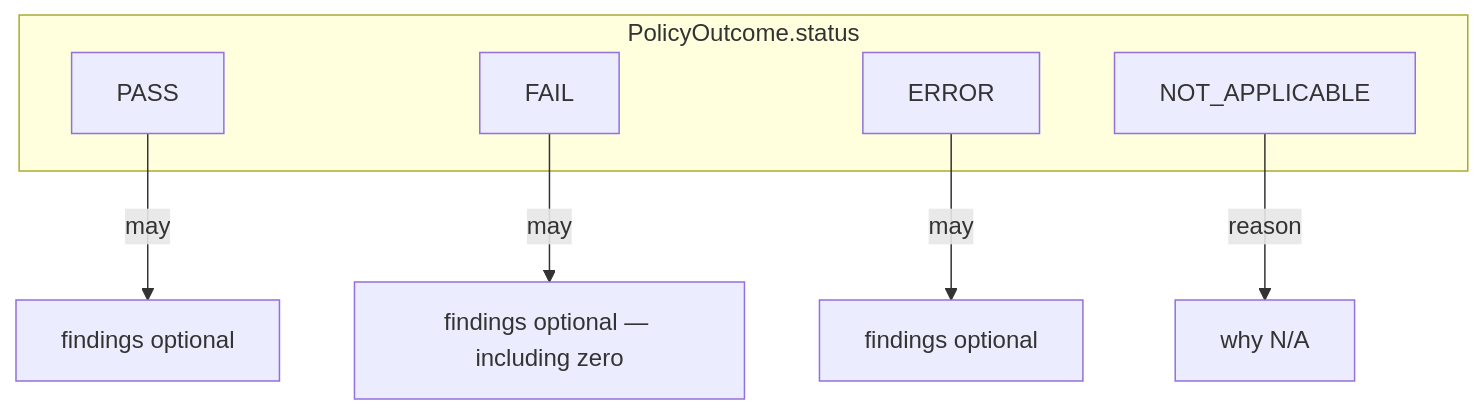
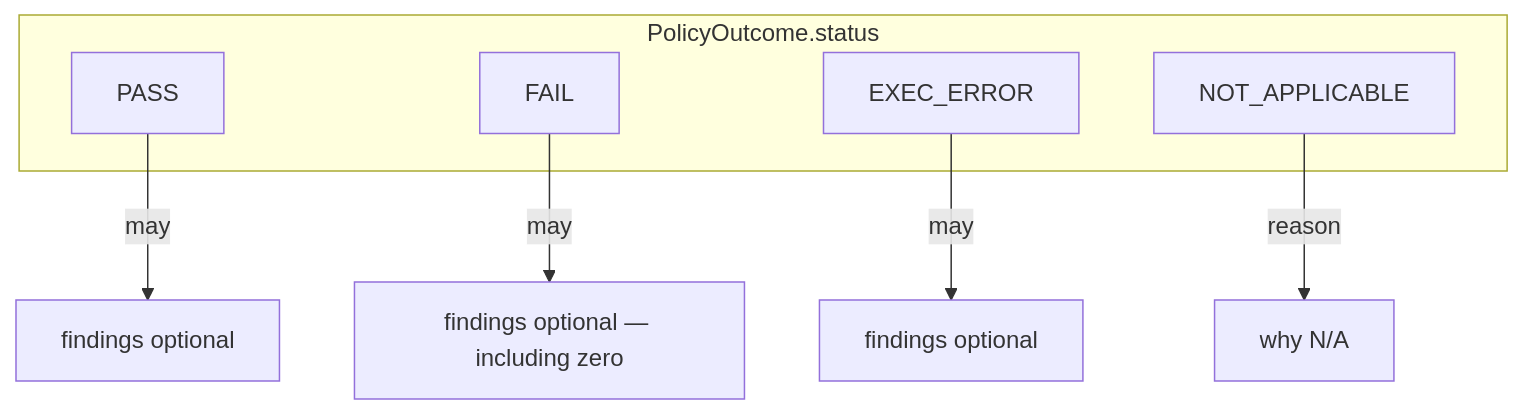
Before and after one commit to qpointz/objs: the first of 4 diagrams in docs/design/policy/results.md, drawn with Mermaid. The commit also changed other lines of this file and 5 other files, not shown here.

````diff
--- a/docs/design/policy/results.md
+++ b/docs/design/policy/results.md
@@ -11,13 +11,13 @@
 ```mermaid
 flowchart TB
   subgraph statuses [PolicyOutcome.status]
     PASS
     FAIL
-    ERROR
+    EXEC_ERROR
     NA[NOT_APPLICABLE]
   end
   PASS -->|may| F1[findings optional]
   FAIL -->|may| F2[findings optional — including zero]
-  ERROR -->|may| F3[findings optional]
+  EXEC_ERROR -->|may| F3[findings optional]
   NA -->|reason| R[why N/A]
 ```
````
